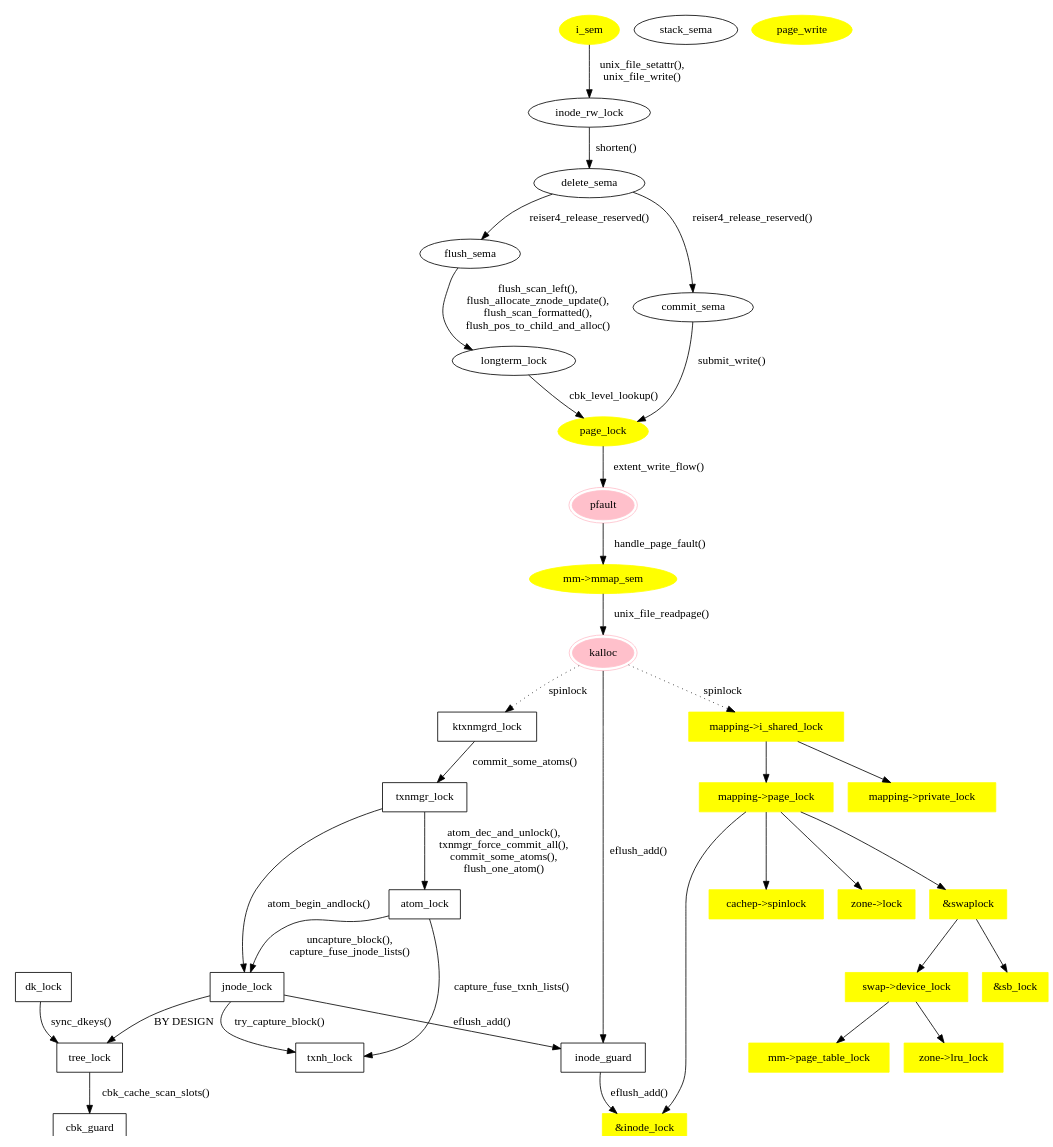
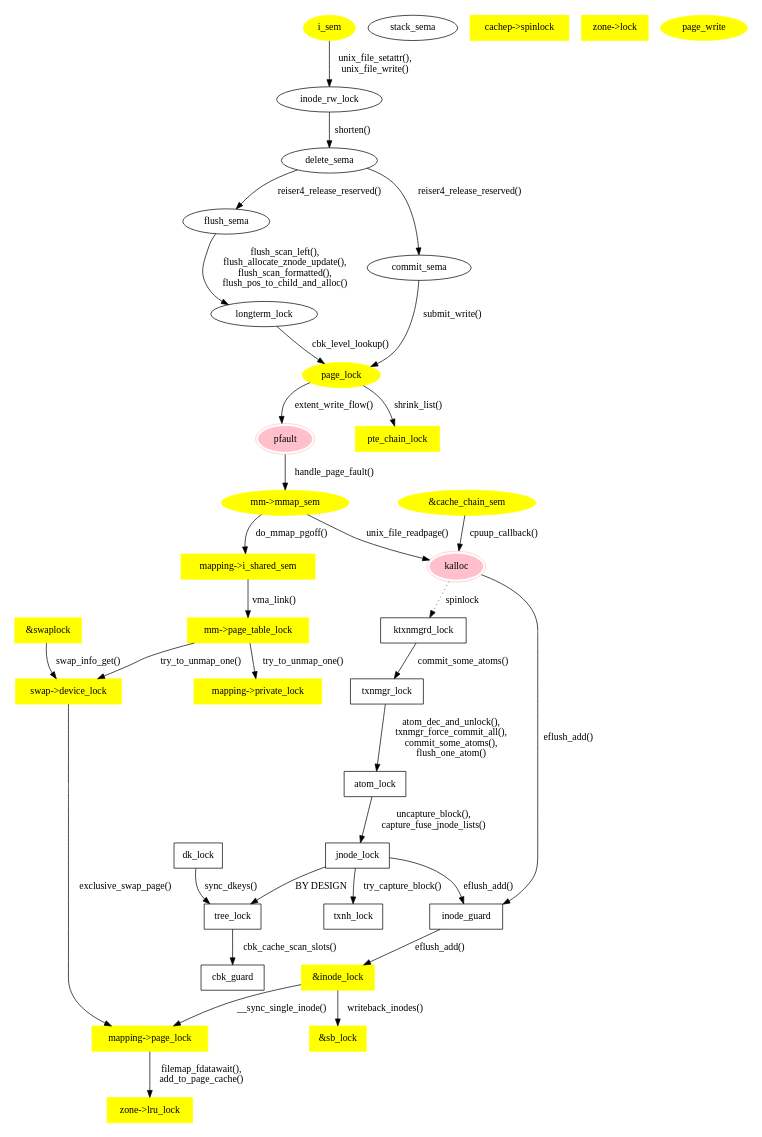
One commit to edward6/reiser4 changed the diagram in doc/lock-ordering.dot. Above: the diagram before and after it, drawn with Graphviz. The commit also changed 1 other file, not shown here.

Commit message:
sync description of lock oredering for core locks with changes in kernel
(Logical change 1.3020)

```diff
--- a/doc/lock-ordering.dot
+++ b/doc/lock-ordering.dot
@@ -1,110 +1,127 @@
 digraph locks {
 
 size="18,10"
 
 /* reiser4 spin locks */
 tree_lock [shape=box]
 dk_lock [shape=box]
 jnode_lock [shape=box]
 inode_guard [shape=box]
 atom_lock [shape=box]
 txnh_lock [shape=box]
 txnmgr_lock [shape=box]
 ktxnmgrd_lock [shape=box]
 cbk_guard [shape=box]
 
 //stack_lock [shape=box]
 //super_guard [shape=box]
 //lnode_guard [shape=box]
 //cksum_guard [shape=box]
 //oid_guard [shape=box]
 //test_lock [shape=box]
 //kcond_lock [shape=box]
 //fake_lock [shape=box]
 //panic_guard [shape=box]
 //contexts_lock [shape=box]
 //pset_guard [shape=box]
 //phash_guard [shape=box]
 
 /* reiser4 long term locks */
 longterm_lock
 inode_rw_lock
 stack_sema
 flush_sema
 commit_sema
 delete_sema
 
 //lnode_kcond
 //ktxnmgrd_start
 //ktxnmgrd_wait
 //bnode_sema
 
 /* pseudo locks */
 pfault [color=pink, style=filled, peripheries=2]
 kalloc [color=pink, style=filled, peripheries=2]
 
 /* system spin locks */
-mapping_i_shared_lock [label="mapping->i_shared_lock", shape=box, color=yellow, style=filled]
+cachep_spinlock [label="cachep->spinlock", shape=box, color=yellow, style=filled]
+zone_lock [label="zone->lock", shape=box, color=yellow, style=filled]
+swaplock [label="&swaplock", shape=box, color=yellow, style=filled]
+zone_lru_lock [label="zone->lru_lock", shape=box, color=yellow, style=filled]
 mapping_private_lock [label="mapping->private_lock", shape=box, color=yellow, style=filled]
 mapping_page_lock [label="mapping->page_lock", shape=box, color=yellow, style=filled]
-cachep_spinlock [label="cachep->spinlock", shape=box, color=yellow, style=filled]
-zone_lock [label="zone->lock", shape=box, color=yellow, style=filled]
 inode_lock [label="&inode_lock", shape=box, color=yellow, style=filled]
-swaplock [label="&swaplock", shape=box, color=yellow, style=filled]
-swap_device_lock[label="swap->device_lock", shape=box, color=yellow, style=filled]
+swap_device_lock [label="swap->device_lock", shape=box, color=yellow, style=filled]
 mm_page_table_lock [label="mm->page_table_lock", shape=box, color=yellow, style=filled]
-zone_lru_lock [label="zone->lru_lock", shape=box, color=yellow, style=filled]
 sb_lock [label="&sb_lock", shape=box, color=yellow, style=filled]
+pte_chain_lock [label="pte_chain_lock", shape=box, color=yellow, style=filled]
 
 /* system long term locks */
+page_write [color=yellow, style=filled]
 mm_mmap_sem [label="mm->mmap_sem", color=yellow, style=filled]
+mapping_i_shared_sem [label="mapping->i_shared_sem", shape=box, color=yellow, style=filled]
 i_sem [color=yellow, style=filled]
 page_lock [color=yellow, style=filled]
-page_write [color=yellow, style=filled]
+cache_chain_sem [label="&cache_chain_sem", color=yellow, style=filled]
 
 /* dependencies */
 
 inode_guard->inode_lock [label="eflush_add()"]
 atom_lock->jnode_lock [label="uncapture_block(),\ncapture_fuse_jnode_lists()"]
 jnode_lock->txnh_lock [label="try_capture_block()"]
-atom_lock->txnh_lock [label="capture_fuse_txnh_lists()"]
+//alredy covered
+//atom_lock->txnh_lock [label="capture_fuse_txnh_lists()"]
 jnode_lock->tree_lock [label="BY DESIGN"]
 tree_lock->cbk_guard [label="cbk_cache_scan_slots()"]
 dk_lock->tree_lock [label="sync_dkeys()"]
 txnmgr_lock->atom_lock [label="atom_dec_and_unlock(),\ntxnmgr_force_commit_all(),\ncommit_some_atoms(),\nflush_one_atom()"]
-txnmgr_lock->jnode_lock [label="atom_begin_andlock()"]
-/* txnmgr_lock->txnh_lock [label="atom_begin_andlock()"] already covered */
+//already covered
+//txnmgr_lock->jnode_lock [label="atom_begin_andlock()"]
+//already covered
+//txnmgr_lock->txnh_lock [label="atom_begin_andlock()"]
 i_sem->inode_rw_lock [label="unix_file_setattr(),\nunix_file_write()"]
 inode_rw_lock->delete_sema [label="shorten()"]
 delete_sema->flush_sema [label="reiser4_release_reserved()"]
 delete_sema->commit_sema [label="reiser4_release_reserved()"]
 flush_sema->longterm_lock [label="flush_scan_left(),\nflush_allocate_znode_update(),\nflush_scan_formatted(),\nflush_pos_to_child_and_alloc()"]
 longterm_lock->page_lock [label="cbk_level_lookup()"]
 commit_sema->page_lock [label="submit_write()"]
 pfault->mm_mmap_sem [label="handle_page_fault()"]
 page_lock->pfault [label="extent_write_flow()"]
 mm_mmap_sem->kalloc [label="unix_file_readpage()"]
 jnode_lock->inode_guard [label="eflush_add()"]
 
 //mm_mmap_sem->inode_rw_lock [label="unix_file_filemap_nopage()", style="dotted"]
 //mm_mmap_sem->kalloc [label="DEAD2", style="dotted"]
 //kalloc->jnode_lock [label="emergency_flush()"]
 //longterm_lock->jnode_lock [label="longterm_unlock_znode(),\nflush_allocate_znode()"]
 
 kalloc->ktxnmgrd_lock [label="spinlock", style=dotted]
-kalloc->mapping_i_shared_lock [label="spinlock", style=dotted]
 
 kalloc->inode_guard [label="eflush_add()"]
 ktxnmgrd_lock->txnmgr_lock [label="commit_some_atoms()"]
 
-mapping_i_shared_lock->mapping_private_lock
-mapping_i_shared_lock->mapping_page_lock
-mapping_page_lock->cachep_spinlock
-mapping_page_lock->zone_lock
-mapping_page_lock->inode_lock
-mapping_page_lock->swaplock
-swaplock->swap_device_lock
-swap_device_lock->mm_page_table_lock
-swap_device_lock->zone_lru_lock
-swaplock->sb_lock
+//already covered
+//mapping_i_shared_sem->mapping_private_lock [label="__set_page_dirty_buffers()"]
+//already covered
+//mapping_i_shared_sem->mapping_page_lock
+mapping_i_shared_sem->mm_page_table_lock [label="vma_link()"]
+
+inode_lock->mapping_page_lock [label="__sync_single_inode()"]
+inode_lock->sb_lock [label="writeback_inodes()"]
+
+mm_page_table_lock->swap_device_lock [label="try_to_unmap_one()"]
+mm_page_table_lock->mapping_private_lock [label="try_to_unmap_one()"]
+//already covered
+//mm_page_table_lock->mapping_page_lock [label="try_to_unmap_one()"]
+
+mm_mmap_sem->mapping_i_shared_sem [label="do_mmap_pgoff()"]
+
+swaplock->swap_device_lock [label="swap_info_get()"]
+swap_device_lock->mapping_page_lock [label="exclusive_swap_page()"]
+
+page_lock->pte_chain_lock [label="shrink_list()"]
+mapping_page_lock->zone_lru_lock [label="filemap_fdatawait(),\nadd_to_page_cache()"]
+cache_chain_sem->kalloc [label="cpuup_callback()"]
+//cache_chain_sem->pfault [label="kmem_cache_create()"]
 }
```
